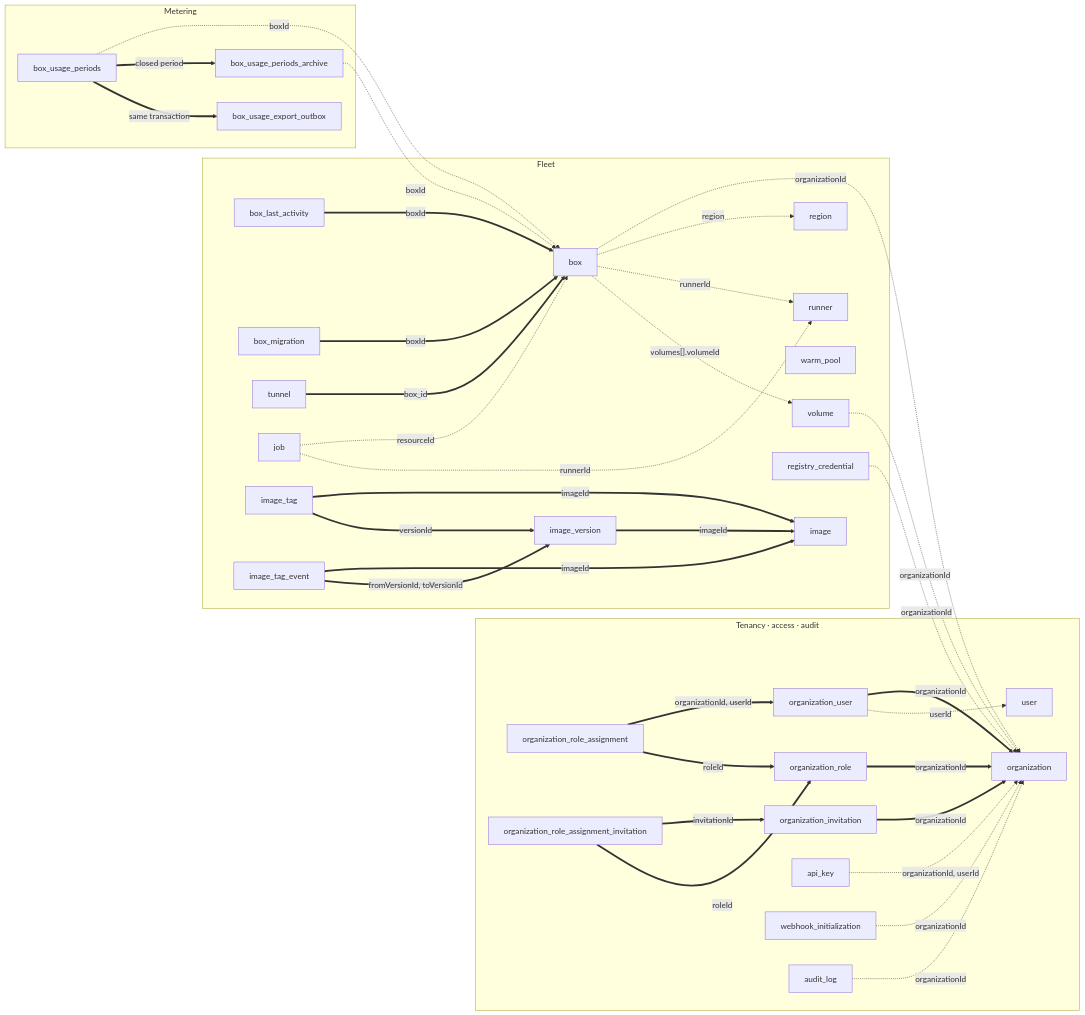
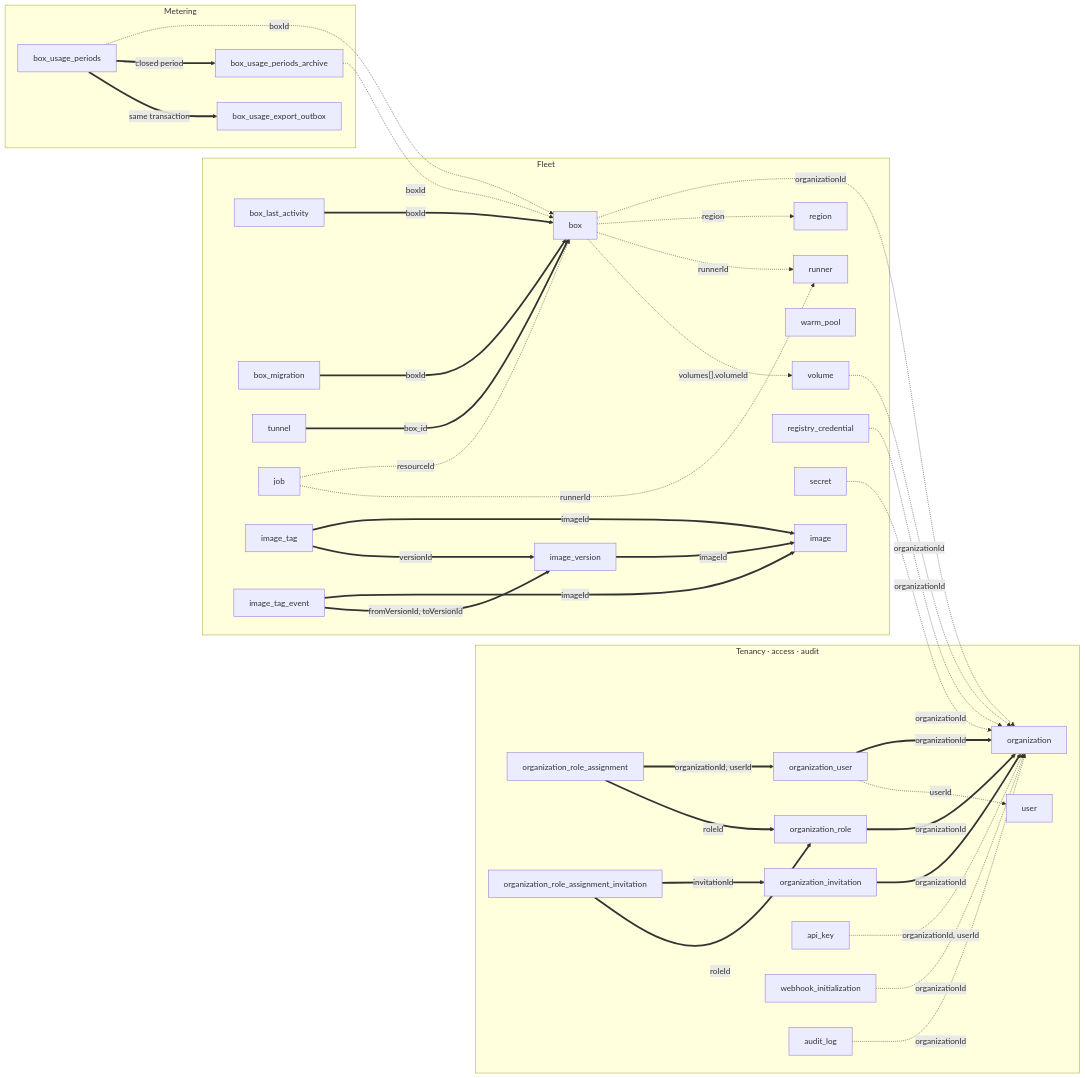
The diagram in apps/SCHEMA.md (Monsteer714/boxlite-learning), drawn with Mermaid before and after one commit. The commit also changed other lines of this file and 7 other files, not shown here.

````diff
--- a/apps/SCHEMA.md
+++ b/apps/SCHEMA.md
@@ -34,71 +34,73 @@
 ```mermaid
 flowchart LR
     subgraph tenancy["Tenancy · access · audit"]
         t_org["organization"]
         t_orguser["organization_user"]
         t_role["organization_role"]
         t_invite["organization_invitation"]
         t_assign["organization_role_assignment"]
         t_assigninv["organization_role_assignment_invitation"]
         t_user["user"]
         t_apikey["api_key"]
         t_webhook["webhook_initialization"]
         t_audit["audit_log"]
     end
 
     subgraph fleet["Fleet"]
         t_box["box"]
         t_activity["box_last_activity"]
         t_migration["box_migration"]
         t_tunnel["tunnel"]
         t_runner["runner"]
         t_region["region"]
         t_volume["volume"]
         t_job["job"]
         t_warm["warm_pool"]
         t_image["image"]
         t_imgver["image_version"]
         t_imgtag["image_tag"]
         t_imgevent["image_tag_event"]
         t_regcred["registry_credential"]
+        t_secret["secret"]
     end
 
     subgraph metering["Metering"]
         t_period["box_usage_periods"]
         t_archive["box_usage_periods_archive"]
         t_outbox["box_usage_export_outbox"]
     end
 
     t_orguser ==>|"organizationId"| t_org
     t_role ==>|"organizationId"| t_org
     t_invite ==>|"organizationId"| t_org
     t_assign ==>|"organizationId, userId"| t_orguser
     t_assign ==>|"roleId"| t_role
     t_assigninv ==>|"invitationId"| t_invite
     t_assigninv ==>|"roleId"| t_role
     t_activity ==>|"boxId"| t_box
     t_migration ==>|"boxId"| t_box
     t_tunnel ==>|"box_id"| t_box
     t_imgver ==>|"imageId"| t_image
     t_imgtag ==>|"imageId"| t_image
     t_imgtag ==>|"versionId"| t_imgver
     t_imgevent ==>|"imageId"| t_image
     t_imgevent ==>|"fromVersionId, toVersionId"| t_imgver
 
     t_orguser -.->|"userId"| t_user
     t_apikey -.->|"organizationId, userId"| t_org
     t_webhook -.->|"organizationId"| t_org
     t_audit -.->|"organizationId"| t_org
     t_box -.->|"organizationId"| t_org
     t_box -.->|"region"| t_region
     t_box -.->|"runnerId"| t_runner
     t_box -.->|"volumes[].volumeId"| t_volume
     t_volume -.->|"organizationId"| t_org
     t_regcred -.->|"organizationId"| t_org
+    t_secret -.->|"organizationId"| t_org
     t_job -.->|"resourceId"| t_box
     t_job -.->|"runnerId"| t_runner
     t_period -.->|"boxId"| t_box
     t_archive -.->|"boxId"| t_box
     t_period ==>|"closed period"| t_archive
     t_period ==>|"same transaction"| t_outbox
 ```
````
